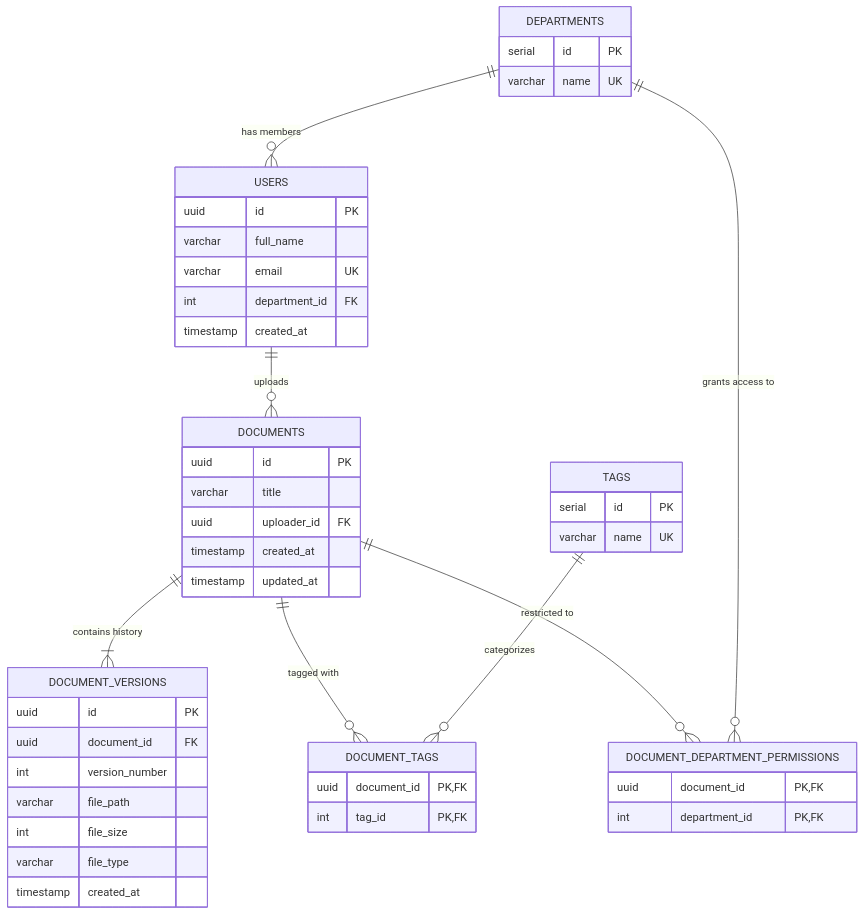
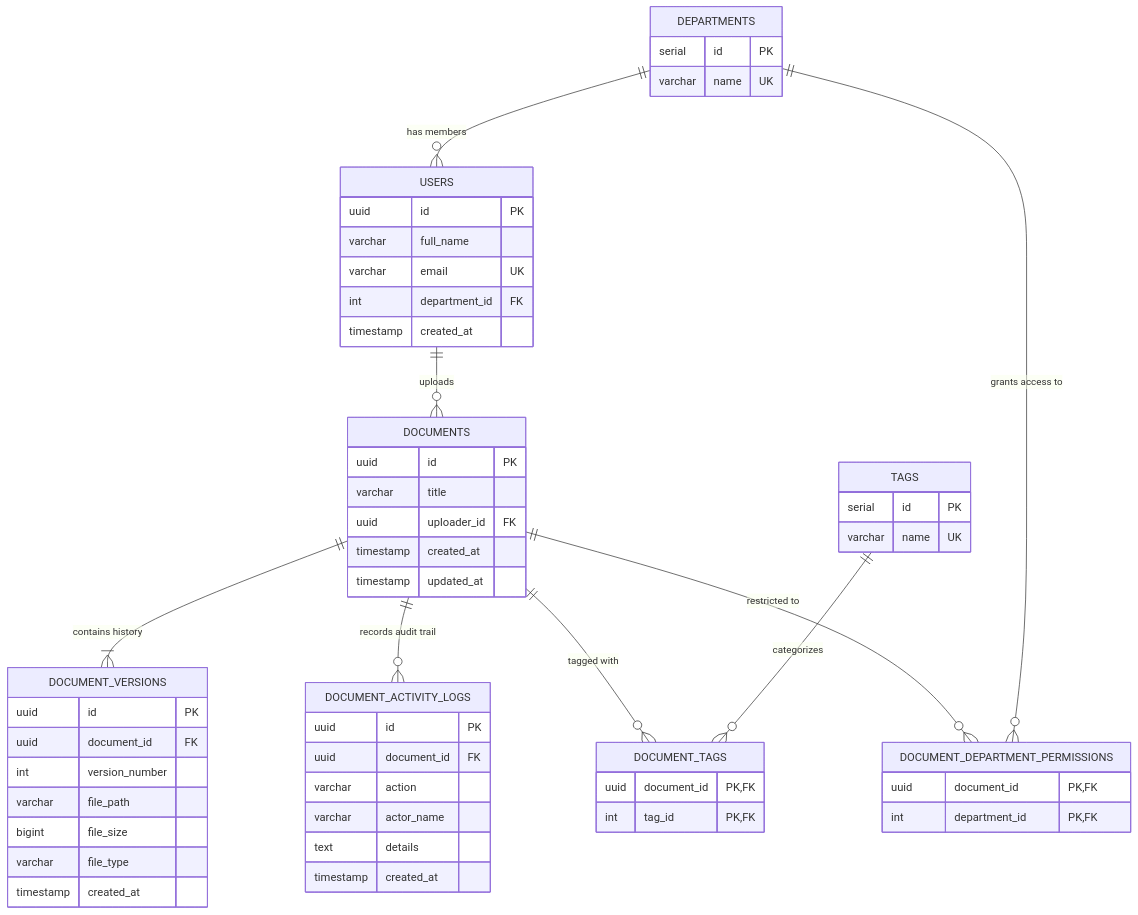
One commit to Mohamedtamer1265/DocDrop changed the second of 2 diagrams in README.md. Above: the diagram before and after it, drawn with Mermaid. The commit also changed other lines of this file and 16 other files, not shown here.

First line of the commit message:
feat: add in-app document preview, live compliance audit log, and storage analytics widget

````diff
--- a/README.md
+++ b/README.md
@@ -65,56 +75,66 @@
 ```mermaid
 erDiagram
     DEPARTMENTS ||--o{ USERS : "has members"
     USERS ||--o{ DOCUMENTS : "uploads"
     DOCUMENTS ||--|{ DOCUMENT_VERSIONS : "contains history"
+    DOCUMENTS ||--o{ DOCUMENT_ACTIVITY_LOGS : "records audit trail"
     DOCUMENTS ||--o{ DOCUMENT_TAGS : "tagged with"
     TAGS ||--o{ DOCUMENT_TAGS : "categorizes"
     DOCUMENTS ||--o{ DOCUMENT_DEPARTMENT_PERMISSIONS : "restricted to"
     DEPARTMENTS ||--o{ DOCUMENT_DEPARTMENT_PERMISSIONS : "grants access to"
 
     DEPARTMENTS {
         serial id PK
         varchar name UK
     }
 
     USERS {
         uuid id PK
         varchar full_name
         varchar email UK
         int department_id FK
         timestamp created_at
     }
 
     DOCUMENTS {
         uuid id PK
         varchar title
         uuid uploader_id FK
         timestamp created_at
         timestamp updated_at
     }
 
     DOCUMENT_VERSIONS {
         uuid id PK
         uuid document_id FK
         int version_number
         varchar file_path
-        int file_size
+        bigint file_size
         varchar file_type
+        timestamp created_at
+    }
+
+    DOCUMENT_ACTIVITY_LOGS {
+        uuid id PK
+        uuid document_id FK
+        varchar action
+        varchar actor_name
+        text details
         timestamp created_at
     }
 
     TAGS {
         serial id PK
         varchar name UK
     }
 
     DOCUMENT_TAGS {
         uuid document_id PK,FK
         int tag_id PK,FK
     }
 
     DOCUMENT_DEPARTMENT_PERMISSIONS {
         uuid document_id PK,FK
         int department_id PK,FK
     }
 ```
````
